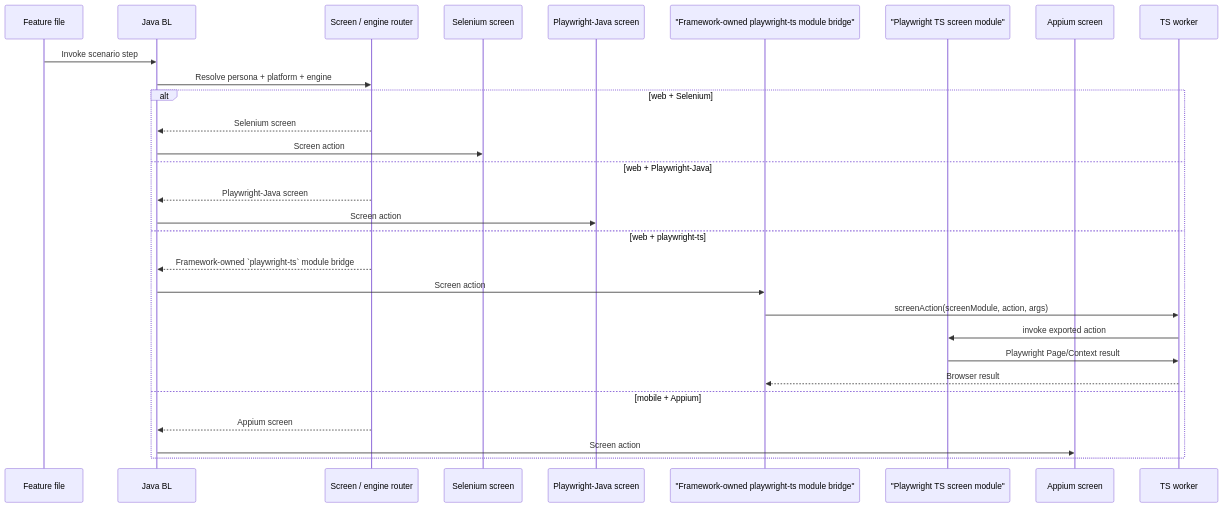
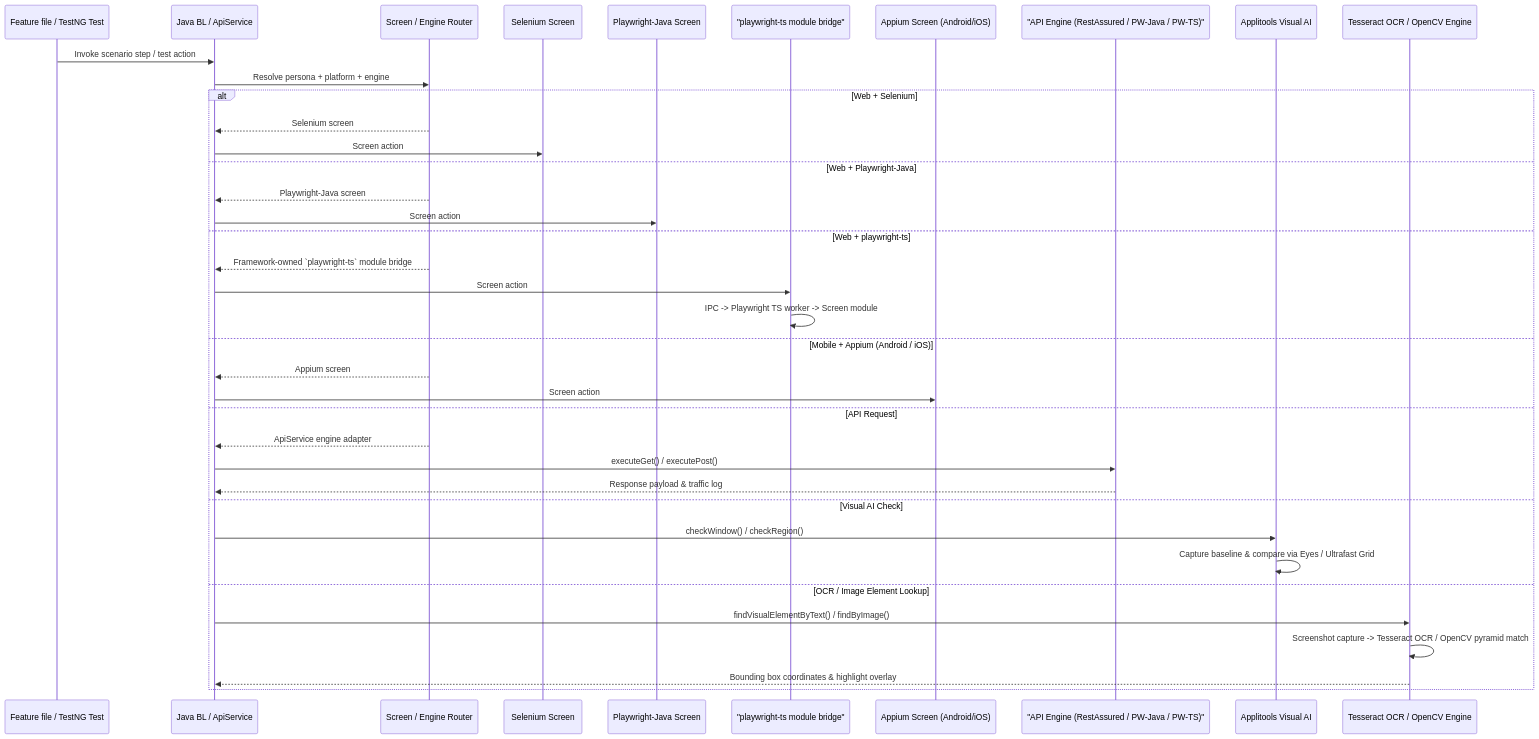
One commit to anandbagmar/teswiz changed the third of 4 diagrams in docs/internals/Architecture-README.md. Above: the diagram before and after it, drawn with Mermaid. The commit also changed other lines of this file and 4 other files, not shown here.

First line of the commit message:
Update architecture diagrams across documentation

````diff
--- a/docs/internals/Architecture-README.md
+++ b/docs/internals/Architecture-README.md
@@ -79,32 +91,41 @@
 ```mermaid
 sequenceDiagram
-    participant Feature as Feature file
-    participant BL as Java BL
-    participant Router as Screen / engine router
-    participant Se as Selenium screen
-    participant PJ as Playwright-Java screen
-    participant PT as "Framework-owned playwright-ts module bridge"
-    participant TS as "Playwright TS screen module"
-    participant App as Appium screen
-    participant Worker as TS worker
+    participant Feature as Feature file / TestNG Test
+    participant BL as Java BL / ApiService
+    participant Router as Screen / Engine Router
+    participant Se as Selenium Screen
+    participant PJ as Playwright-Java Screen
+    participant PT as "playwright-ts module bridge"
+    participant App as Appium Screen (Android/iOS)
+    participant API as "API Engine (RestAssured / PW-Java / PW-TS)"
+    participant Vis as Applitools Visual AI
+    participant Ocr as Tesseract OCR / OpenCV Engine
 
-    Feature->>BL: Invoke scenario step
+    Feature->>BL: Invoke scenario step / test action
     BL->>Router: Resolve persona + platform + engine
-    alt web + Selenium
+    alt Web + Selenium
         Router-->>BL: Selenium screen
         BL->>Se: Screen action
-    else web + Playwright-Java
+    else Web + Playwright-Java
         Router-->>BL: Playwright-Java screen
         BL->>PJ: Screen action
-    else web + playwright-ts
+    else Web + playwright-ts
         Router-->>BL: Framework-owned `playwright-ts` module bridge
         BL->>PT: Screen action
-        PT->>Worker: screenAction(screenModule, action, args)
-        Worker->>TS: invoke exported action
-        TS->>Worker: Playwright Page/Context result
-        Worker-->>PT: Browser result
-    else mobile + Appium
+        PT->>PT: IPC -> Playwright TS worker -> Screen module
+    else Mobile + Appium (Android / iOS)
         Router-->>BL: Appium screen
         BL->>App: Screen action
+    else API Request
+        Router-->>BL: ApiService engine adapter
+        BL->>API: executeGet() / executePost()
+        API-->>BL: Response payload & traffic log
+    else Visual AI Check
+        BL->>Vis: checkWindow() / checkRegion()
+        Vis->>Vis: Capture baseline & compare via Eyes / Ultrafast Grid
+    else OCR / Image Element Lookup
+        BL->>Ocr: findVisualElementByText() / findByImage()
+        Ocr->>Ocr: Screenshot capture -> Tesseract OCR / OpenCV pyramid match
+        Ocr-->>BL: Bounding box coordinates & highlight overlay
     end
 ```
````
